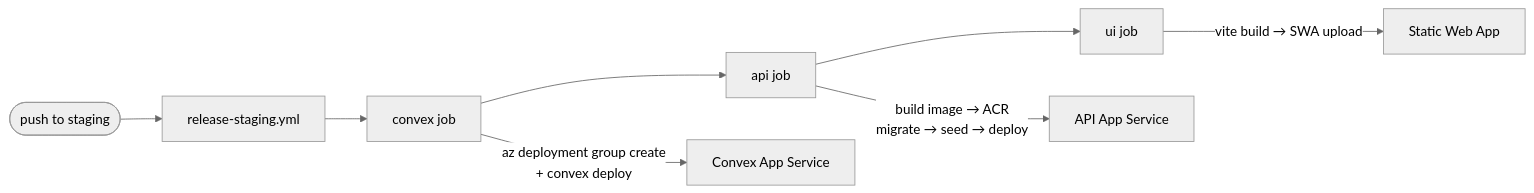
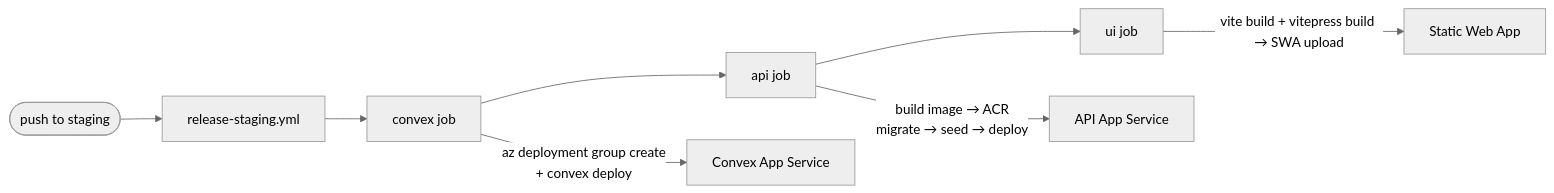
Before and after one commit to kevin-gatimu/retro-tool-v2: the second of 2 diagrams in docs/architecture/cloud.md, drawn with Mermaid. The commit also changed other lines of this file and 158 other files, not shown here.

````diff
--- a/docs/architecture/cloud.md
+++ b/docs/architecture/cloud.md
@@ -181,12 +181,12 @@
 ```mermaid
 %%{init: {'theme':'neutral'}}%%
 flowchart LR
     push([push to staging]) --> rs[release-staging.yml]
     rs --> c[convex job]
     c --> a[api job]
     a --> u[ui job]
 
     c -->|"az deployment group create<br/>+ convex deploy"| cvx["Convex App Service"]
     a -->|"build image → ACR<br/>migrate → seed → deploy"| apisvc["API App Service"]
-    u -->|"vite build → SWA upload"| swa["Static Web App"]
+    u -->|"vite build + vitepress build → SWA upload"| swa["Static Web App"]
 ```
````
